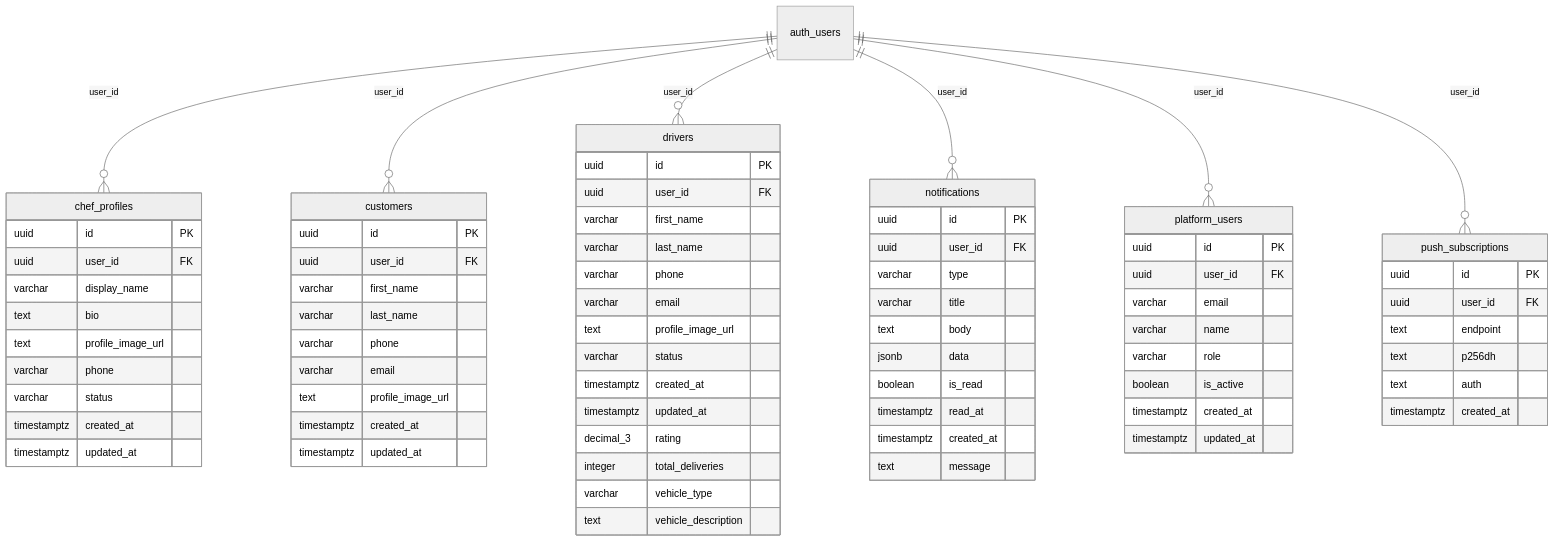
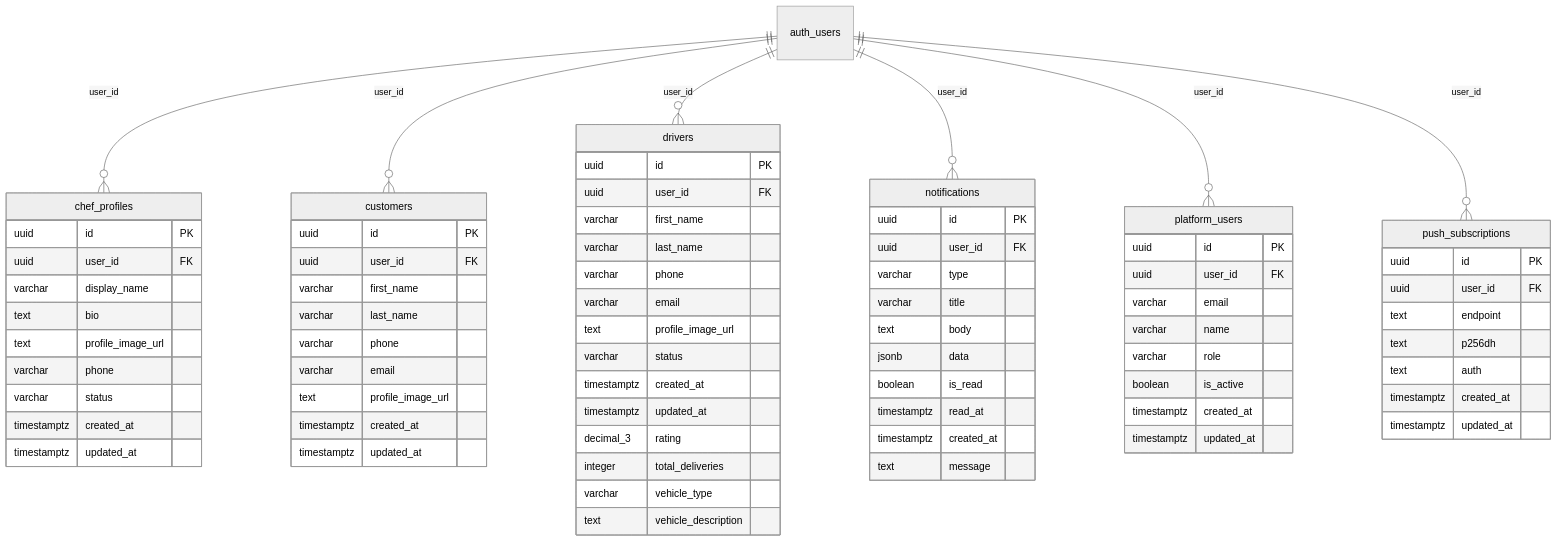
The fifth of 11 diagrams in docs/architecture/supabase/SUPABASE_SQL_DIAGRAM.md (Ritenoob/ridendine-marketplace), drawn with Mermaid (neutral theme) before and after one commit. The commit also changed other lines of this file and 50 other files, not shown here.

````diff
--- a/docs/architecture/supabase/SUPABASE_SQL_DIAGRAM.md
+++ b/docs/architecture/supabase/SUPABASE_SQL_DIAGRAM.md
@@ -185,77 +189,78 @@
 ```mermaid
 erDiagram
   customers {
     uuid id PK
     uuid user_id FK
     varchar first_name
     varchar last_name
     varchar phone
     varchar email
     text profile_image_url
     timestamptz created_at
     timestamptz updated_at
   }
   chef_profiles {
     uuid id PK
     uuid user_id FK
     varchar display_name
     text bio
     text profile_image_url
     varchar phone
     varchar status
     timestamptz created_at
     timestamptz updated_at
   }
   drivers {
     uuid id PK
     uuid user_id FK
     varchar first_name
     varchar last_name
     varchar phone
     varchar email
     text profile_image_url
     varchar status
     timestamptz created_at
     timestamptz updated_at
     decimal_3 rating
     integer total_deliveries
     varchar vehicle_type
     text vehicle_description
   }
   platform_users {
     uuid id PK
     uuid user_id FK
     varchar email
     varchar name
     varchar role
     boolean is_active
     timestamptz created_at
     timestamptz updated_at
   }
   notifications {
     uuid id PK
     uuid user_id FK
     varchar type
     varchar title
     text body
     jsonb data
     boolean is_read
     timestamptz read_at
     timestamptz created_at
     text message
   }
   push_subscriptions {
     uuid id PK
     uuid user_id FK
     text endpoint
     text p256dh
     text auth
     timestamptz created_at
+    timestamptz updated_at
   }
   auth_users ||--o{ chef_profiles : "user_id"
   auth_users ||--o{ customers : "user_id"
   auth_users ||--o{ drivers : "user_id"
   auth_users ||--o{ notifications : "user_id"
   auth_users ||--o{ platform_users : "user_id"
   auth_users ||--o{ push_subscriptions : "user_id"
 ```
````
